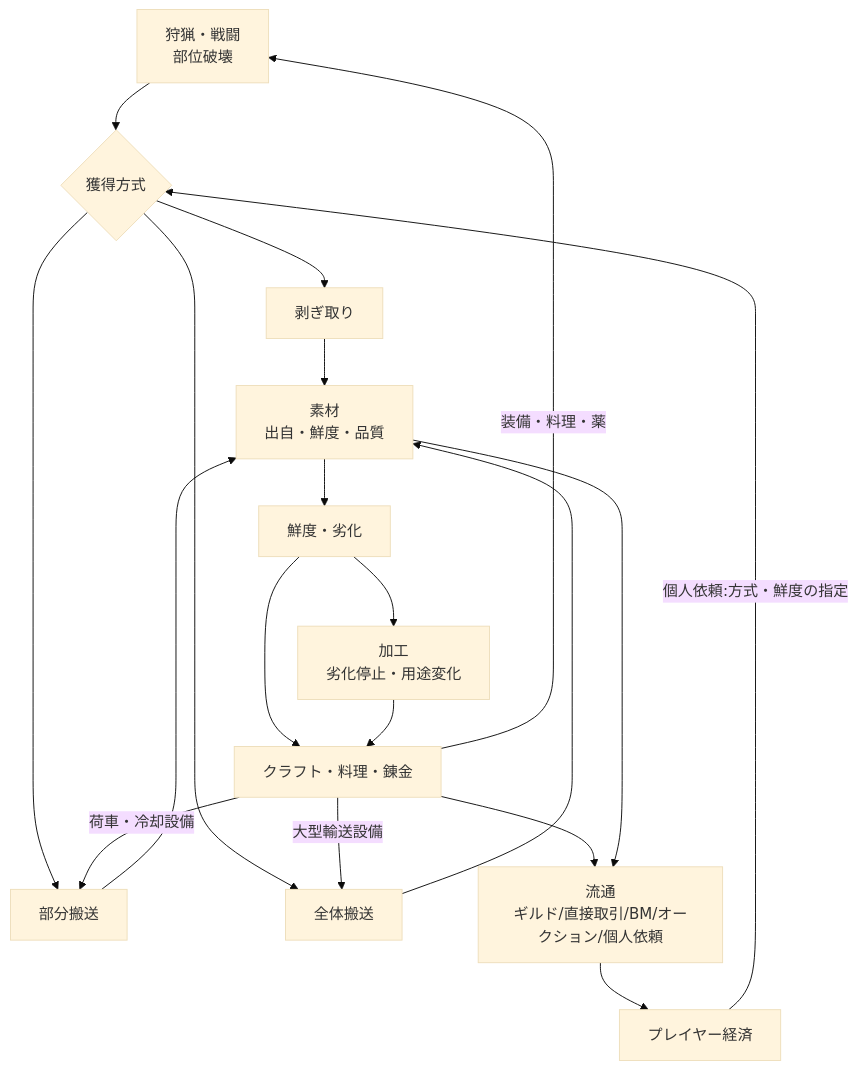
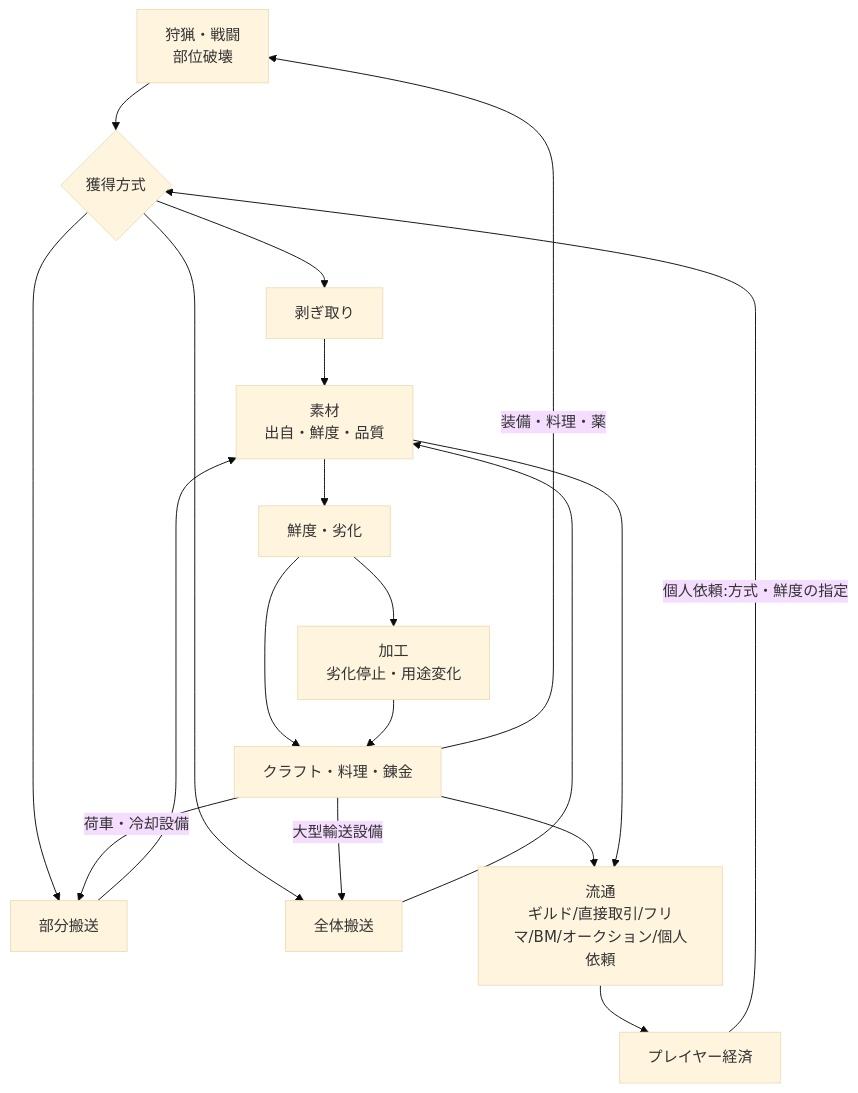
The first of 3 diagrams in docs/06-system-dependencies.md (7zkv7bps5y-cell/game), drawn with Mermaid (base theme) before and after one commit. The commit also changed other lines of this file and 5 other files, not shown here.

````diff
--- a/docs/06-system-dependencies.md
+++ b/docs/06-system-dependencies.md
@@ -31,21 +31,21 @@
 ```mermaid
 flowchart TD
     Hunt[狩猟・戦闘<br/>部位破壊] --> Method{獲得方式}
     Method --> H[剥ぎ取り]
     Method --> P[部分搬送]
     Method --> W[全体搬送]
     H --> Item[素材<br/>出自・鮮度・品質]
     P --> Item
     W --> Item
     Item --> Decay[鮮度・劣化]
     Decay --> Process[加工<br/>劣化停止・用途変化]
     Decay --> Craft
     Process --> Craft[クラフト・料理・錬金]
-    Craft --> Market[流通<br/>ギルド/直接取引/BM/オークション/個人依頼]
+    Craft --> Market[流通<br/>ギルド/直接取引/フリマ/BM/オークション/個人依頼]
     Item --> Market
     Market --> Economy[プレイヤー経済]
     Craft -->|装備・料理・薬| Hunt
     Craft -->|荷車・冷却設備| P
     Craft -->|大型輸送設備| W
     Economy -->|個人依頼:方式・鮮度の指定| Method
 ```
````
